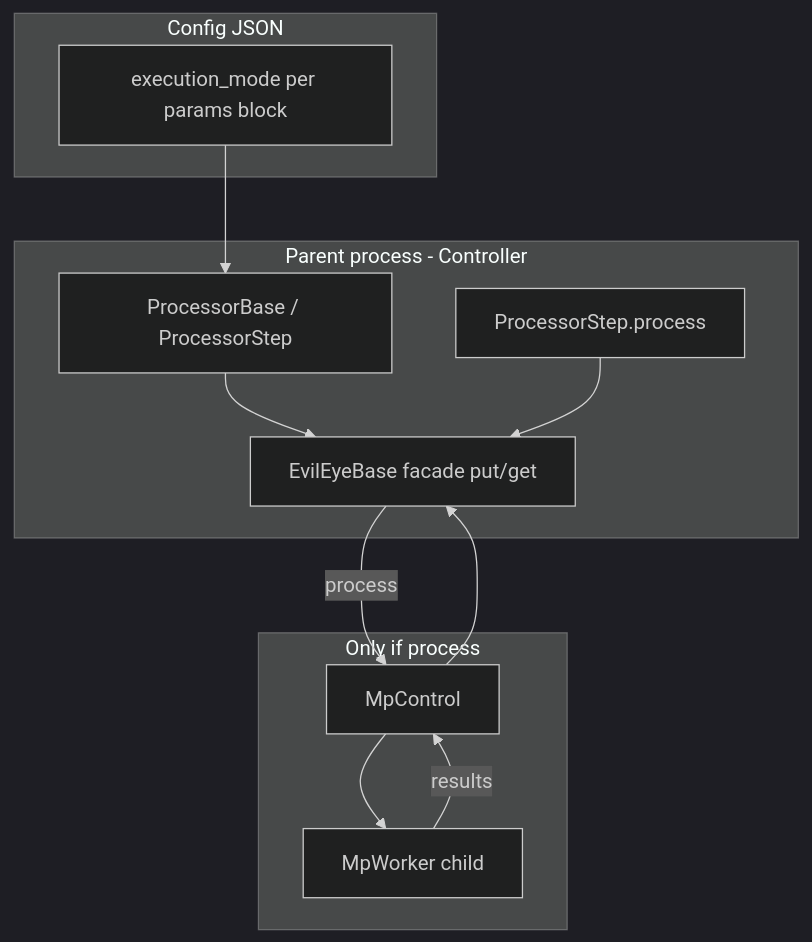
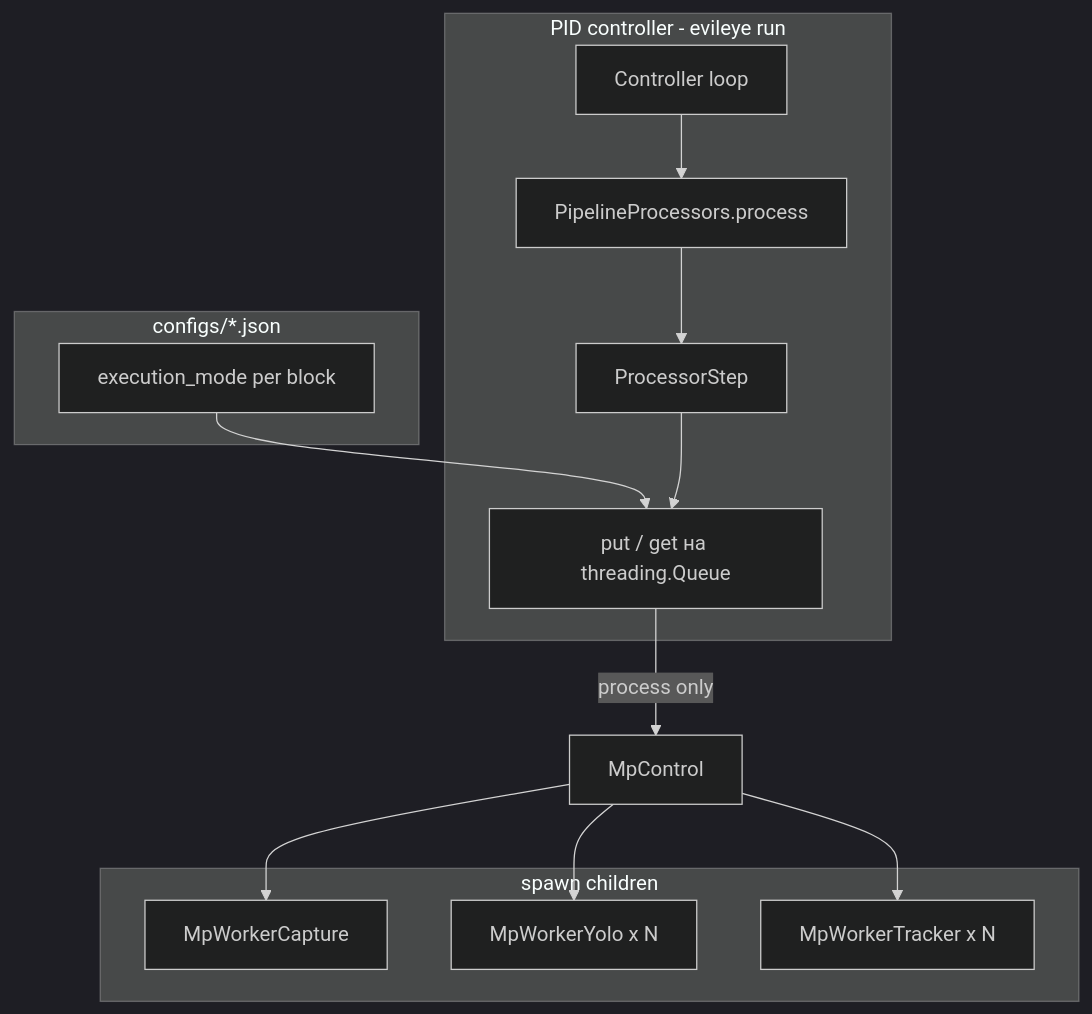
The first of 3 diagrams in docs/thread_vs_mp_contracts.md (aicommunity/EvilEye), drawn with Mermaid (dark theme) before and after one commit. The commit also changed other lines of this file and 3 other files, not shown here.

````diff
--- a/docs/thread_vs_mp_contracts.md
+++ b/docs/thread_vs_mp_contracts.md
@@ -70,22 +81,23 @@
 ```mermaid
 flowchart TB
-  subgraph cfg [Config JSON]
-    EM["execution_mode per params block"]
+  subgraph cfg [configs/*.json]
+    EM["execution_mode per block"]
   end
-  subgraph parent [Parent process - Controller]
-    PB[ProcessorBase / ProcessorStep]
-    FAC[EvilEyeBase facade put/get]
-    PS[ProcessorStep.process]
+  subgraph parent [PID controller - evileye run]
+    Ctrl[Controller loop]
+    PP[PipelineProcessors.process]
+    PS[ProcessorStep]
+    Facade[put / get на threading.Queue]
   end
-  subgraph mp [Only if process]
-    MC[MpControl]
-    WK[MpWorker child]
+  subgraph child [spawn children]
+    WCap[MpWorkerCapture]
+    WYolo[MpWorkerYolo x N]
+    WTrk[MpWorkerTracker x N]
   end
-  EM --> PB
-  PB --> FAC
-  PS --> FAC
-  FAC -->|process| MC
-  MC --> WK
-  WK -->|results| MC
-  MC --> FAC
+  EM --> Facade
+  Ctrl --> PP --> PS --> Facade
+  Facade -->|process only| MpC[MpControl]
+  MpC --> WCap
+  MpC --> WYolo
+  MpC --> WTrk
 ```
````
